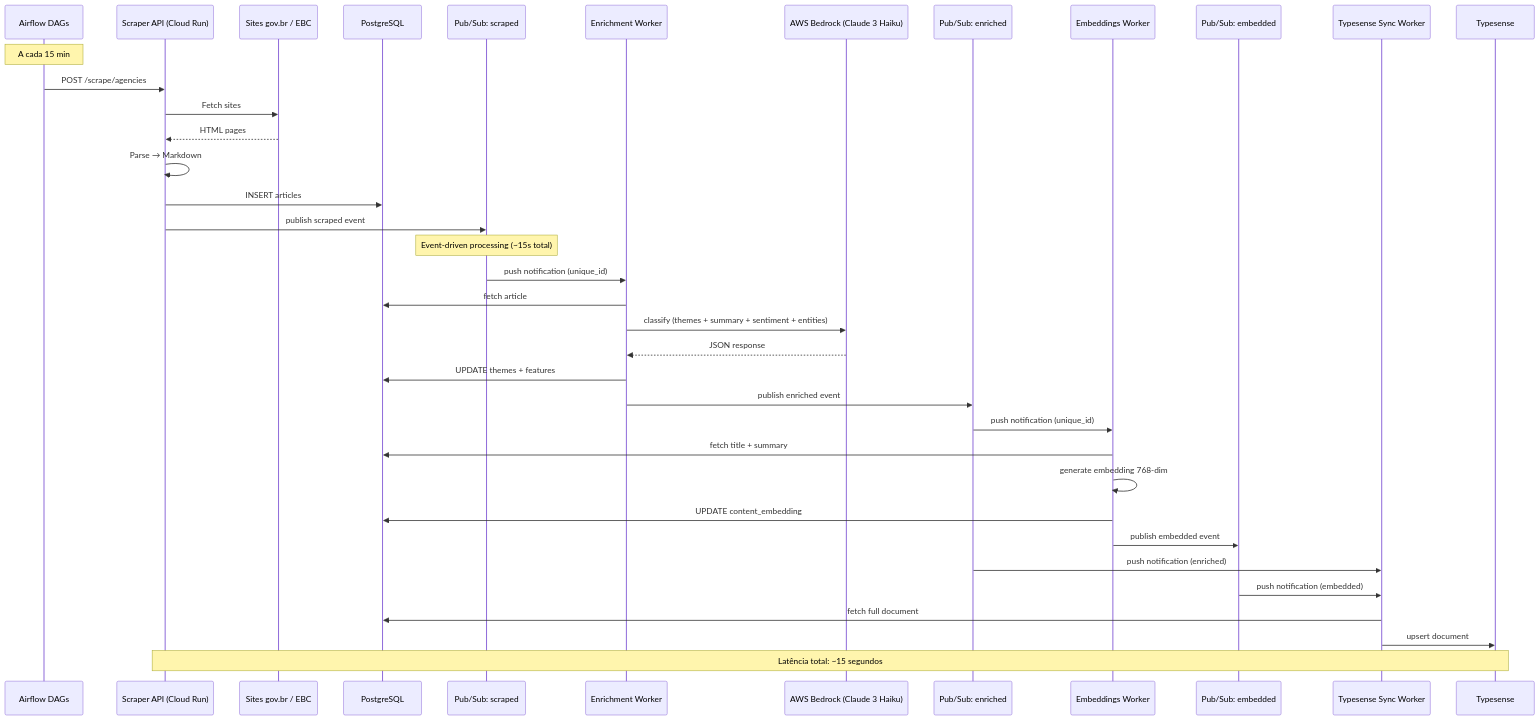
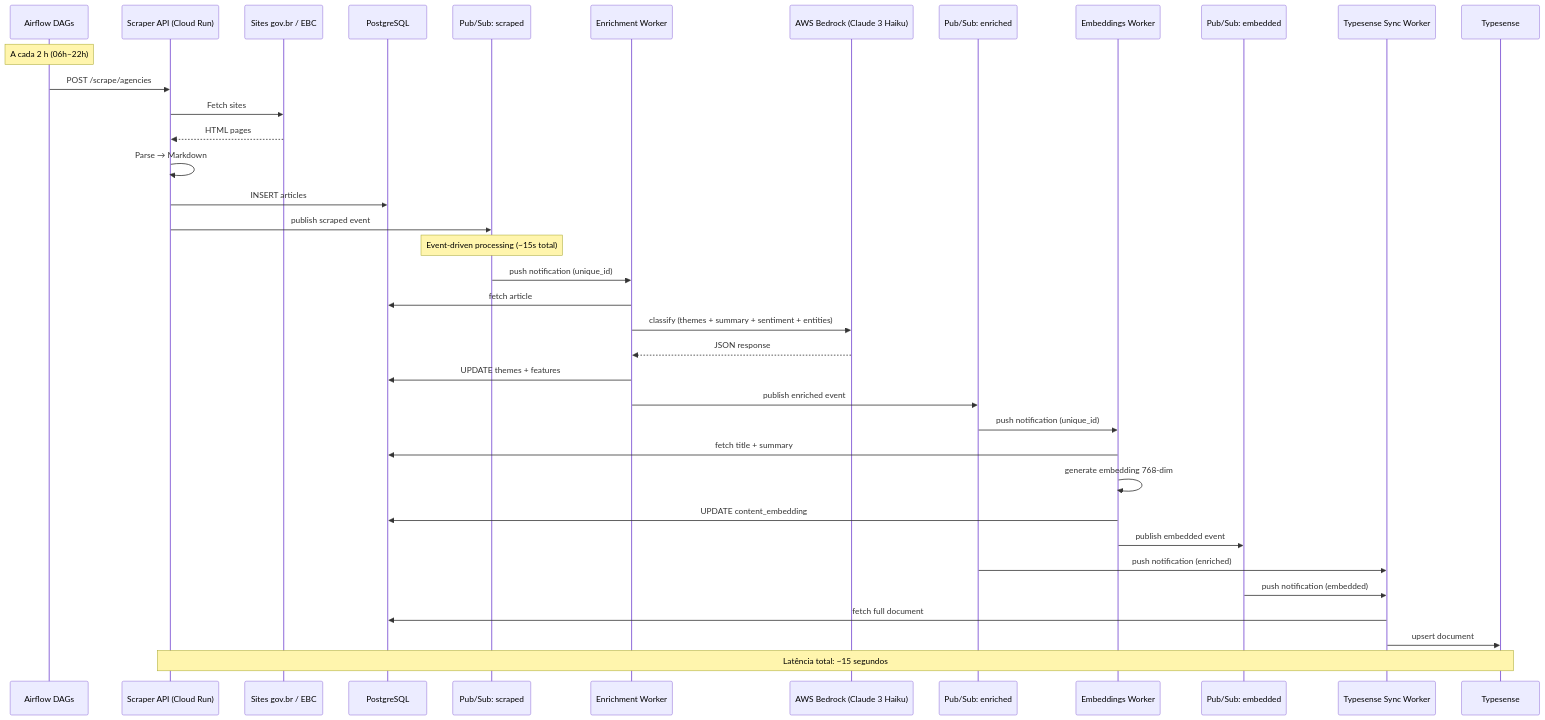
The second of 2 diagrams in docs/workflows/scraper-pipeline.md (destaquesgovbr/docs), drawn with Mermaid before and after one commit. The commit also changed other lines of this file and 8 other files, not shown here.

````diff
--- a/docs/workflows/scraper-pipeline.md
+++ b/docs/workflows/scraper-pipeline.md
@@ -184,46 +186,46 @@
 ```mermaid
 sequenceDiagram
     participant AF as Airflow DAGs
     participant API as Scraper API (Cloud Run)
     participant GOV as Sites gov.br / EBC
     participant PG as PostgreSQL
     participant PS1 as Pub/Sub: scraped
     participant EW as Enrichment Worker
     participant Bedrock as AWS Bedrock (Claude 3 Haiku)
     participant PS2 as Pub/Sub: enriched
     participant EAPI as Embeddings Worker
     participant PS3 as Pub/Sub: embedded
     participant TSW as Typesense Sync Worker
     participant TS as Typesense
 
-    Note over AF: A cada 15 min
+    Note over AF: A cada 2 h (06h–22h)
 
     AF->>API: POST /scrape/agencies
     API->>GOV: Fetch sites
     GOV-->>API: HTML pages
     API->>API: Parse → Markdown
     API->>PG: INSERT articles
     API->>PS1: publish scraped event
 
     Note over PS1: Event-driven processing (~15s total)
 
     PS1->>EW: push notification (unique_id)
     EW->>PG: fetch article
     EW->>Bedrock: classify (themes + summary + sentiment + entities)
     Bedrock-->>EW: JSON response
     EW->>PG: UPDATE themes + features
     EW->>PS2: publish enriched event
 
     PS2->>EAPI: push notification (unique_id)
     EAPI->>PG: fetch title + summary
     EAPI->>EAPI: generate embedding 768-dim
     EAPI->>PG: UPDATE content_embedding
     EAPI->>PS3: publish embedded event
 
     PS2->>TSW: push notification (enriched)
     PS3->>TSW: push notification (embedded)
     TSW->>PG: fetch full document
     TSW->>TS: upsert document
 
     Note over API,TS: Latência total: ~15 segundos
 ```
````
